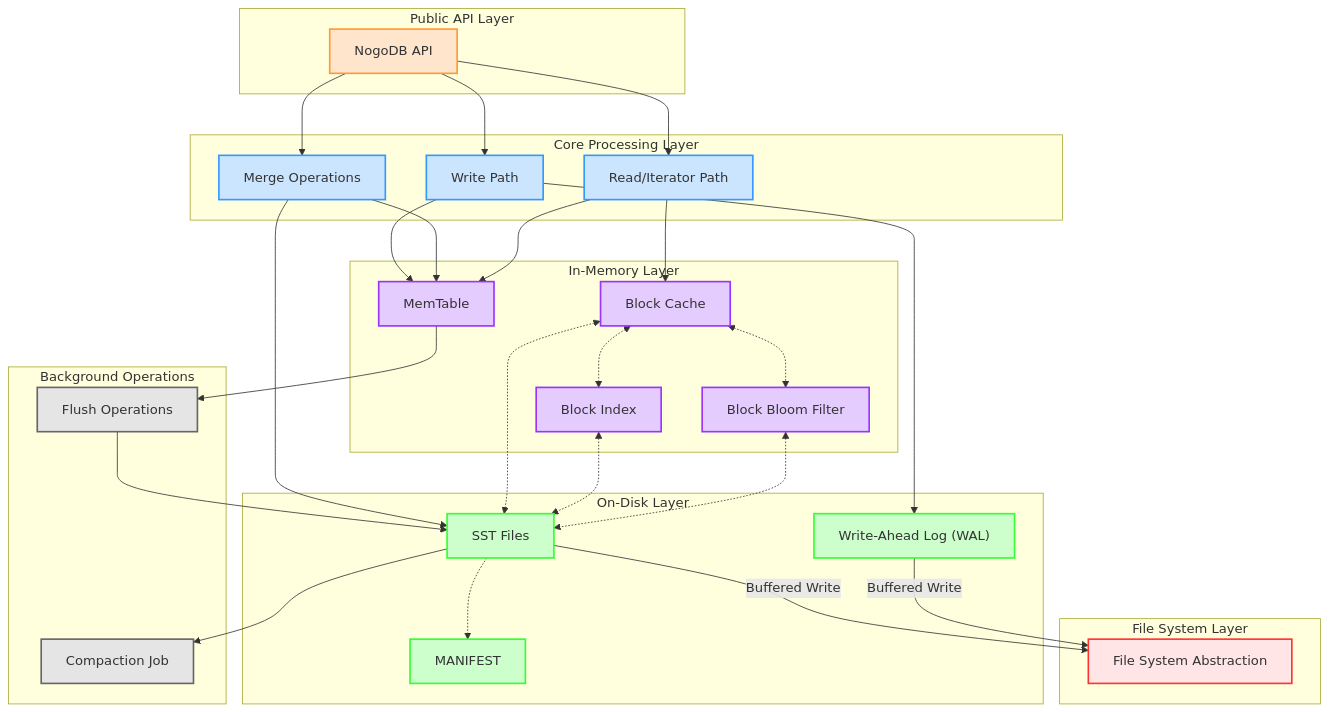
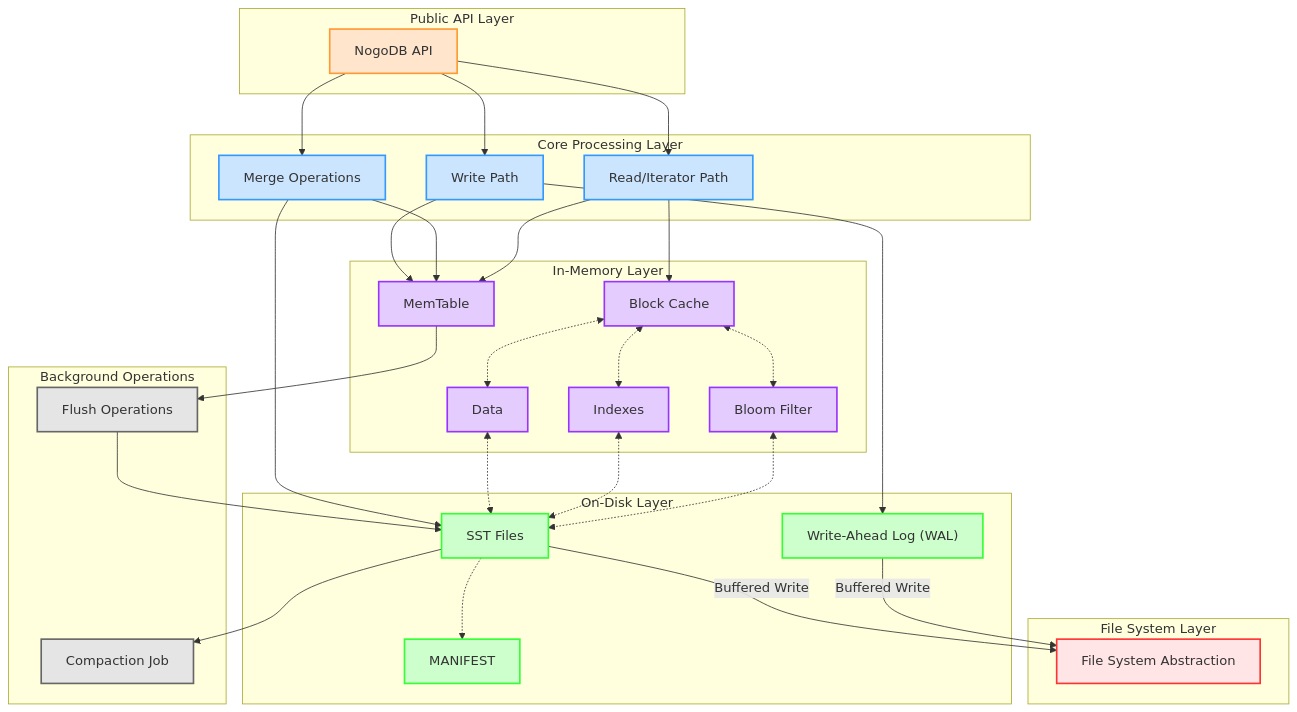
The diagram in README.md (datnguyenzzz/nogodb), drawn with Mermaid before and after one commit. The commit also changed 8 other files, not shown here.

```diff
--- a/README.md
+++ b/README.md
@@ -33,8 +33,9 @@
         style Memory padding:15px
         BlockCache["Block Cache"]:::memory
         MemTable["MemTable"]:::memory
-        BloomFilter["Block Bloom Filter"]:::memory
-        BlockIndex["Block Index"]:::memory
+        BloomFilter["Bloom Filter"]:::memory
+        BlockIndex["Indexes"]:::memory
+        BlockData["Data"]:::memory
     end
 
     subgraph Storage["On-Disk Layer"]
@@ -71,7 +72,8 @@
 
     BlockCache <-.-> BloomFilter
     BlockCache <-.-> BlockIndex
-    BlockCache <-.-> SSTFiles
+    BlockCache <-.-> BlockData
+    BlockData <-.-> SSTFiles
     BlockIndex <-.-> SSTFiles
     BloomFilter <-.-> SSTFiles
 
```
